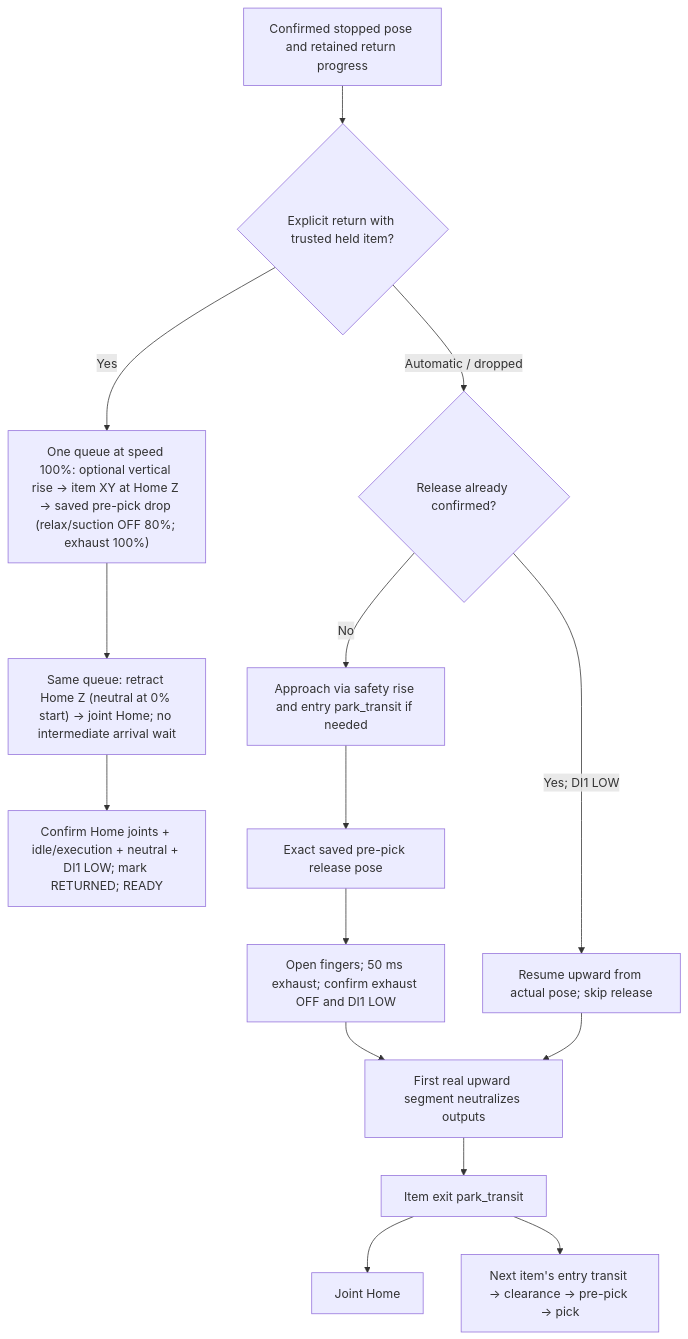
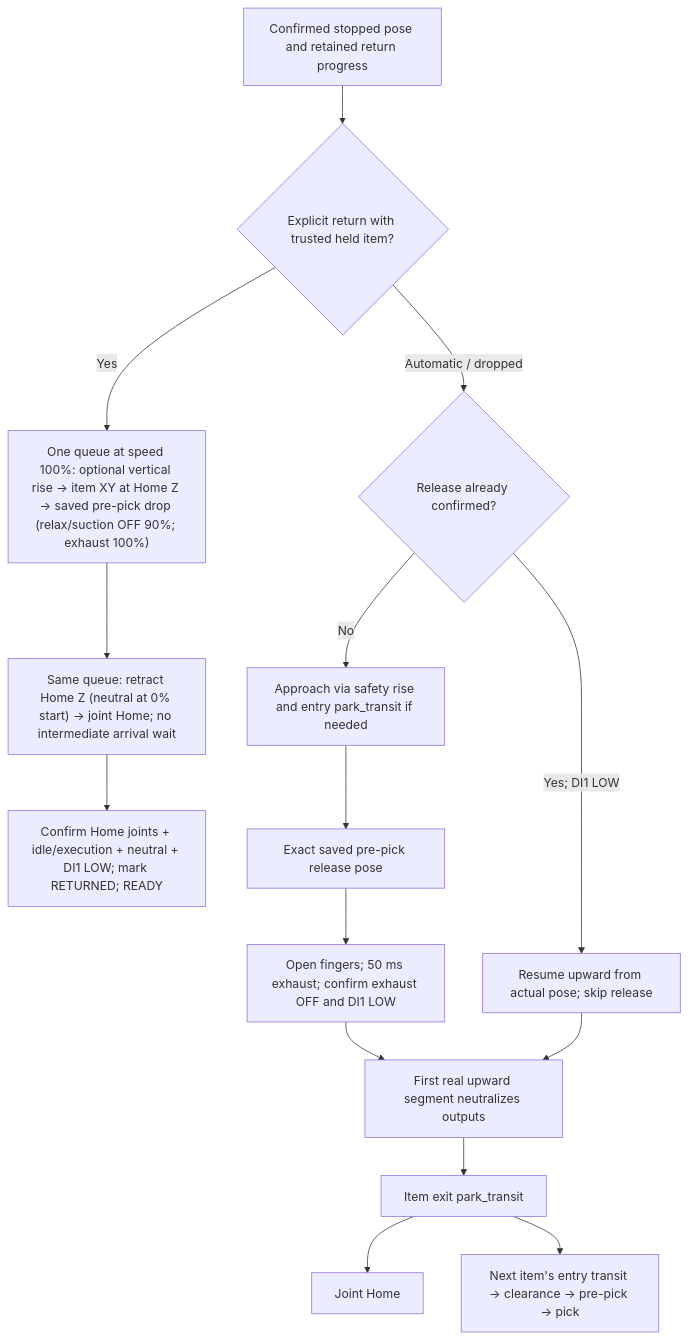
One commit to esgange/dobot_picknplace_yolo changed the ninth of 9 diagrams in docs/ROBOT_CONTROLLER_FSM.md. Above: the diagram before and after it, drawn with Mermaid. The commit also changed other lines of this file and 10 other files, not shown here.

Commit message:
Relax fingers and stop suction at 90 percent of release descent

````diff
--- a/docs/ROBOT_CONTROLLER_FSM.md
+++ b/docs/ROBOT_CONTROLLER_FSM.md
@@ -897,17 +897,17 @@
 ```mermaid
 flowchart TD
     Start["Confirmed stopped pose and retained return progress"] --> Kind{"Explicit return with trusted held item?"}
-    Kind -->|Yes| Queue["One queue at speed 100%: optional vertical rise → item XY at Home Z → saved pre-pick drop (relax/suction OFF 80%; exhaust 100%)"]
+    Kind -->|Yes| Queue["One queue at speed 100%: optional vertical rise → item XY at Home Z → saved pre-pick drop (relax/suction OFF 90%; exhaust 100%)"]
     Queue --> Return["Same queue: retract Home Z (neutral at 0% start) → joint Home; no intermediate arrival wait"]
     Return --> Done["Confirm Home joints + idle/execution + neutral + DI1 LOW; mark RETURNED; READY"]
     Kind -->|Automatic / dropped| Released{"Release already confirmed?"}
     Released -->|No| Up["Approach via safety rise and entry park_transit if needed"]
     Up --> Release["Exact saved pre-pick release pose"]
     Release --> Pulse["Open fingers; 50 ms exhaust; confirm exhaust OFF and DI1 LOW"]
     Pulse --> Retreat["First real upward segment neutralizes outputs"]
     Released -->|Yes; DI1 LOW| Resume["Resume upward from actual pose; skip release"]
     Resume --> Retreat
     Retreat --> Exit["Item exit park_transit"]
     Exit --> Home["Joint Home"]
     Exit --> Next["Next item's entry transit → clearance → pre-pick → pick"]
 ```
````
